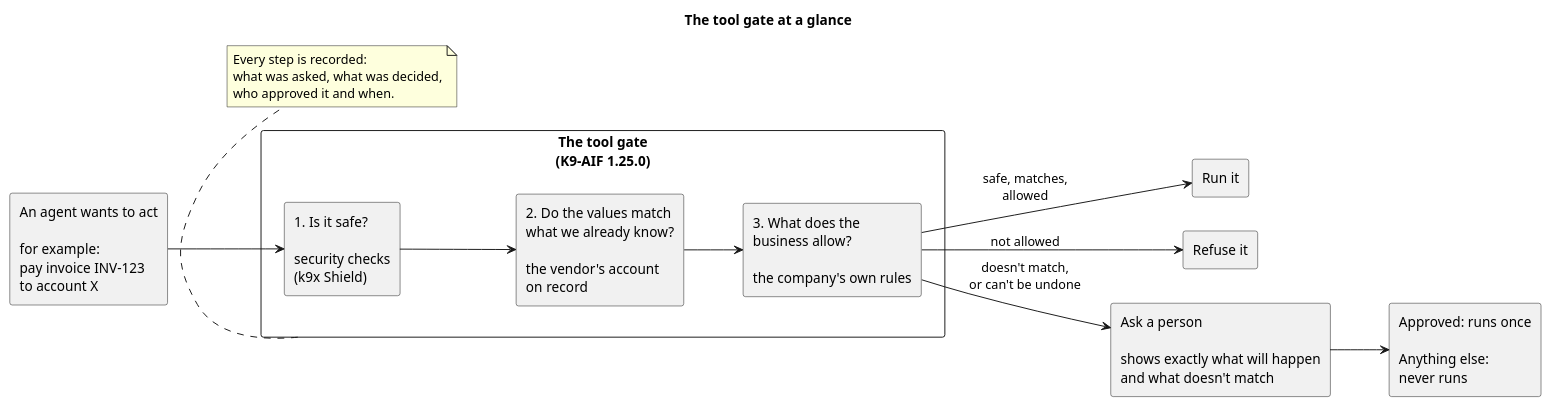
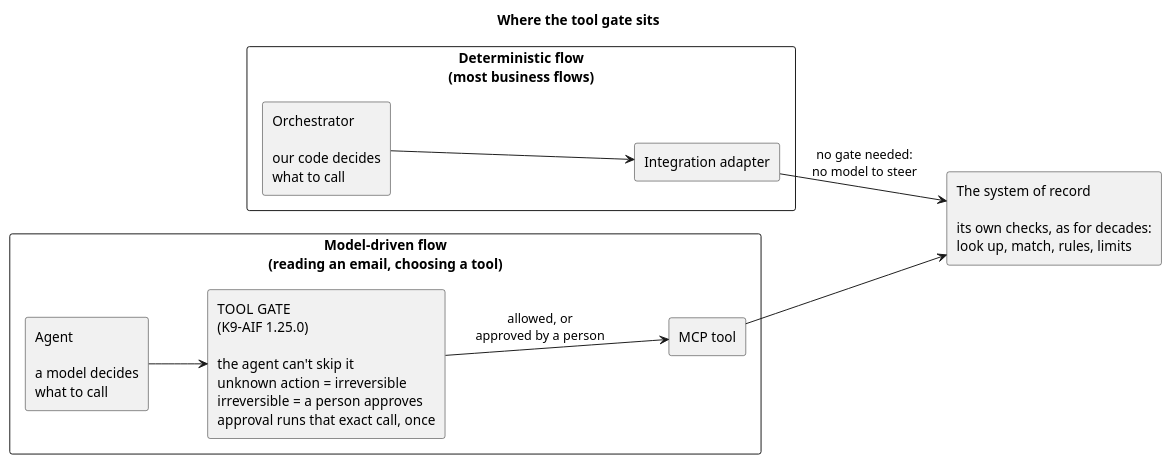
Before and after one commit to k9aif/k9-aif-blogs: the diagram in assets/diagrams/tool-gate-at-a-glance.puml, drawn with PlantUML. The commit also changed 13 other files, not shown here.

First line of the commit message:
Blog: agent hijack defined; how K9-AIF avoids it out of the box; one refund example; class diagram only

```diff
--- a/assets/diagrams/tool-gate-at-a-glance.puml
+++ b/assets/diagrams/tool-gate-at-a-glance.puml
@@ -1,32 +1,24 @@
 @startuml tool-gate-at-a-glance
-title The tool gate at a glance
+title Where the tool gate sits
 
 left to right direction
 
-rectangle "An agent wants to act\n\nfor example:\npay invoice INV-123\nto account X" as A
-
-rectangle "The tool gate\n(K9-AIF 1.25.0)" as G {
-  rectangle "1. Is it safe?\n\nsecurity checks\n(k9x Shield)" as S
-  rectangle "2. Do the values match\nwhat we already know?\n\nthe vendor's account\non record" as R
-  rectangle "3. What does the\nbusiness allow?\n\nthe company's own rules" as B
+rectangle "Deterministic flow\n(most business flows)" as DET {
+  rectangle "Orchestrator\n\nour code decides\nwhat to call" as O
+  rectangle "Integration adapter" as AD
 }
 
-rectangle "Run it" as RUN
-rectangle "Refuse it" as NO
-rectangle "Ask a person\n\nshows exactly what will happen\nand what doesn't match" as P
-rectangle "Approved: runs once\n\nAnything else:\nnever runs" as OUT
+rectangle "Model-driven flow\n(reading an email, choosing a tool)" as MOD {
+  rectangle "Agent\n\na model decides\nwhat to call" as A
+  rectangle "TOOL GATE\n(K9-AIF 1.25.0)\n\nthe agent can't skip it\nunknown action = irreversible\nirreversible = a person approves\napproval runs that exact call, once" as G
+  rectangle "MCP tool" as M
+}
 
-A --> S
-S --> R
-R --> B
-B --> RUN : safe, matches,\nallowed
-B --> NO : not allowed
-B --> P : doesn't match,\nor can't be undone
-P --> OUT
+rectangle "The system of record\n\nits own checks, as for decades:\nlook up, match, rules, limits" as SYS
 
-note bottom of G
-  Every step is recorded:
-  what was asked, what was decided,
-  who approved it and when.
-end note
+O --> AD
+AD --> SYS : no gate needed:\nno model to steer
+A --> G
+G --> M : allowed, or\napproved by a person
+M --> SYS
 @enduml
```
